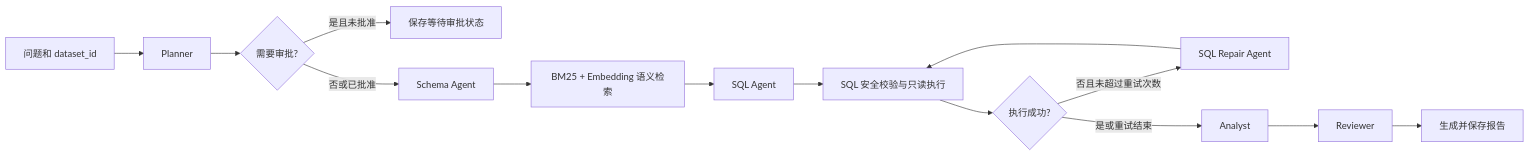
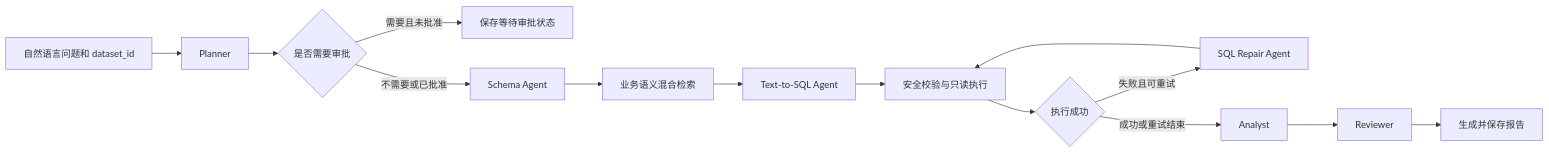
One commit to YYHhao/DataPilot-Agent changed the diagram in README.md. Above: the diagram before and after it, drawn with Mermaid. The commit also changed other lines of this file and 22 other files, not shown here.

````diff
--- a/README.md
+++ b/README.md
@@ -27,16 +27,16 @@
 ```mermaid
 flowchart LR
-    U[问题和 dataset_id] --> P[Planner]
-    P --> G{需要审批?}
-    G -->|是且未批准| S[保存等待审批状态]
-    G -->|否或已批准| C[Schema Agent]
-    C --> K[BM25 + Embedding 语义检索]
-    K --> Q[SQL Agent]
-    Q --> V[SQL 安全校验与只读执行]
-    V --> E{执行成功?}
-    E -->|否且未超过重试次数| F[SQL Repair Agent]
+    U[自然语言问题和 dataset_id] --> P[Planner]
+    P --> G{是否需要审批}
+    G -->|需要且未批准| W[保存等待审批状态]
+    G -->|不需要或已批准| S[Schema Agent]
+    S --> K[业务语义混合检索]
+    K --> Q[Text-to-SQL Agent]
+    Q --> V[安全校验与只读执行]
+    V --> E{执行成功}
+    E -->|失败且可重试| F[SQL Repair Agent]
     F --> V
-    E -->|是或重试结束| A[Analyst]
+    E -->|成功或重试结束| A[Analyst]
     A --> R[Reviewer]
     R --> O[生成并保存报告]
 ```
````
